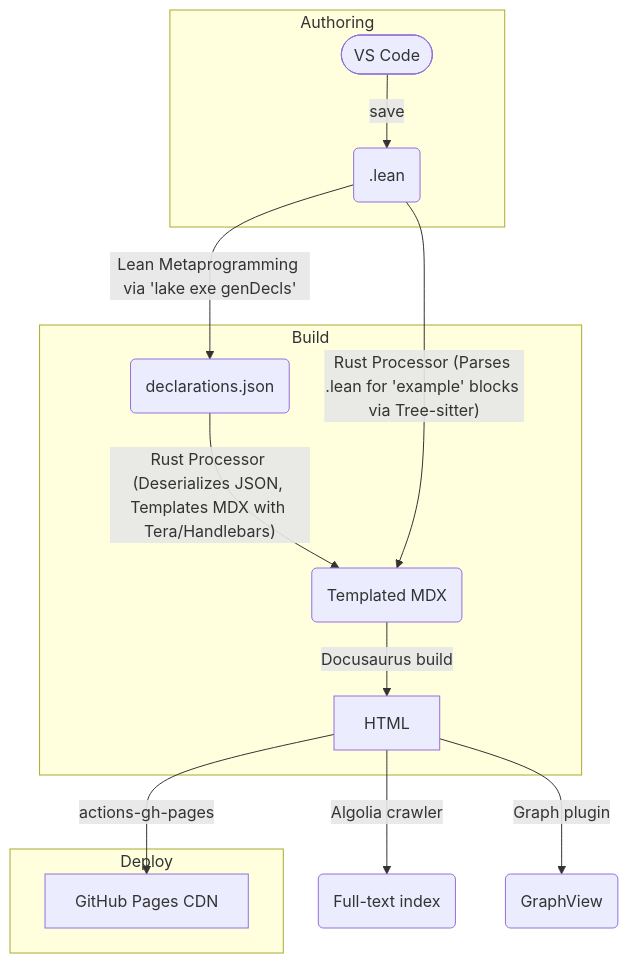
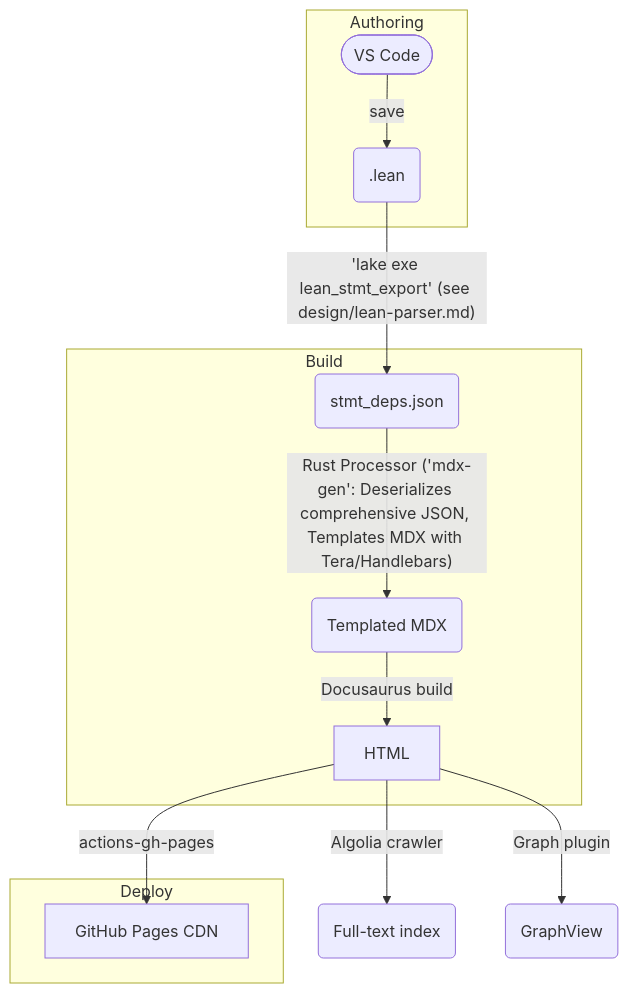
Before and after one commit to RK0429/MathUniverse: the diagram in design/idea.md, drawn with Mermaid. The commit also changed other lines of this file, not shown here.

````diff
--- a/design/idea.md
+++ b/design/idea.md
@@ -92,17 +92,16 @@
 ```mermaid
 flowchart TD
   subgraph Authoring
     U([VS Code]) --save--> LeanFile(.lean)
   end
   subgraph Build
-    LeanFile -- Lean Metaprogramming via 'lake exe genDecls' --> JsonOutput(declarations.json)
-    JsonOutput -- Rust Processor (Deserializes JSON, Templates MDX with Tera/Handlebars) --> MdxOutput(Templated MDX)
-    LeanFile -- Rust Processor (Parses .lean for 'example' blocks via Tree-sitter) --> MdxOutput
+    LeanFile -- 'lake exe lean_stmt_export' (see design/lean-parser.md) --> JsonOutput(stmt_deps.json)
+    JsonOutput(stmt_deps.json) -- Rust Processor ('mdx-gen': Deserializes comprehensive JSON, Templates MDX with Tera/Handlebars) --> MdxOutput(Templated MDX)
     MdxOutput -- Docusaurus build --> HTML
   end
   subgraph Deploy
     HTML --actions-gh-pages--> GH[GitHub Pages CDN]
   end
   HTML --Algolia crawler--> Index(Full-text index)
   HTML --Graph plugin--> Graph(GraphView)
 ```
````
